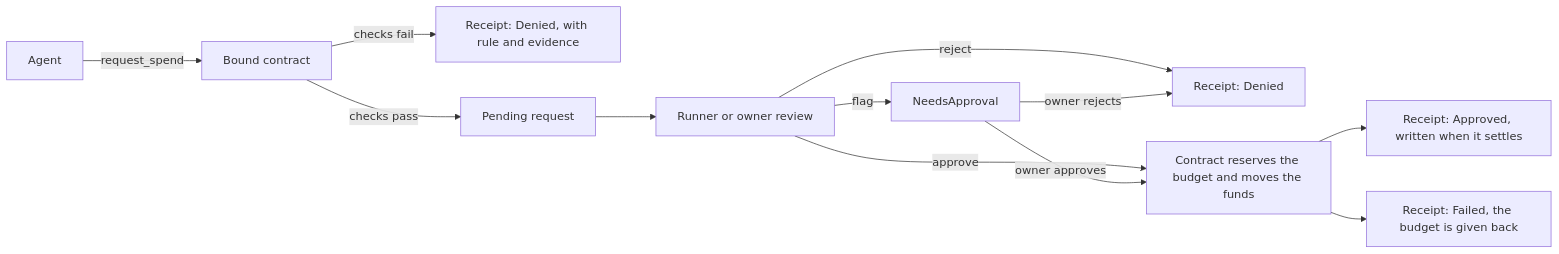
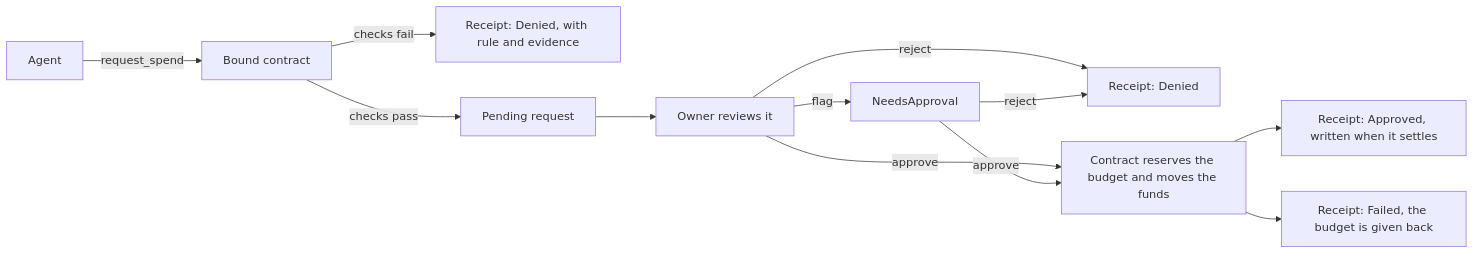
One commit to unifyWeb3/near-bound changed the diagram in README.md. Above: the diagram before and after it, drawn with Mermaid. The commit also changed other lines of this file and 7 other files, not shown here.

````diff
--- a/README.md
+++ b/README.md
@@ -78,14 +84,14 @@
 ```mermaid
 flowchart LR
   A[Agent] -->|request_spend| C[Bound contract]
   C -->|checks fail| D[Receipt: Denied, with rule and evidence]
   C -->|checks pass| P[Pending request]
-  P --> R[Runner or owner review]
+  P --> R[Owner reviews it]
   R -->|flag| N[NeedsApproval]
   R -->|reject| RJ[Receipt: Denied]
   R -->|approve| T[Contract reserves the budget and moves the funds]
   T --> AP[Receipt: Approved, written when it settles]
   T --> AF[Receipt: Failed, the budget is given back]
-  N -->|owner approves| T
-  N -->|owner rejects| RJ
+  N -->|approve| T
+  N -->|reject| RJ
 ```
````
